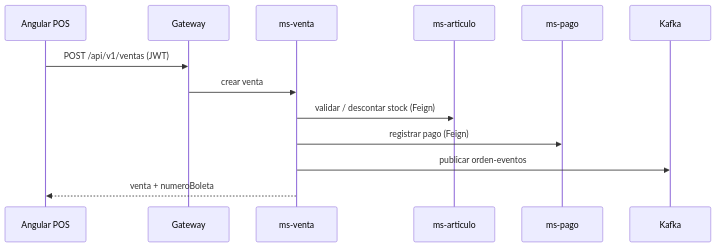
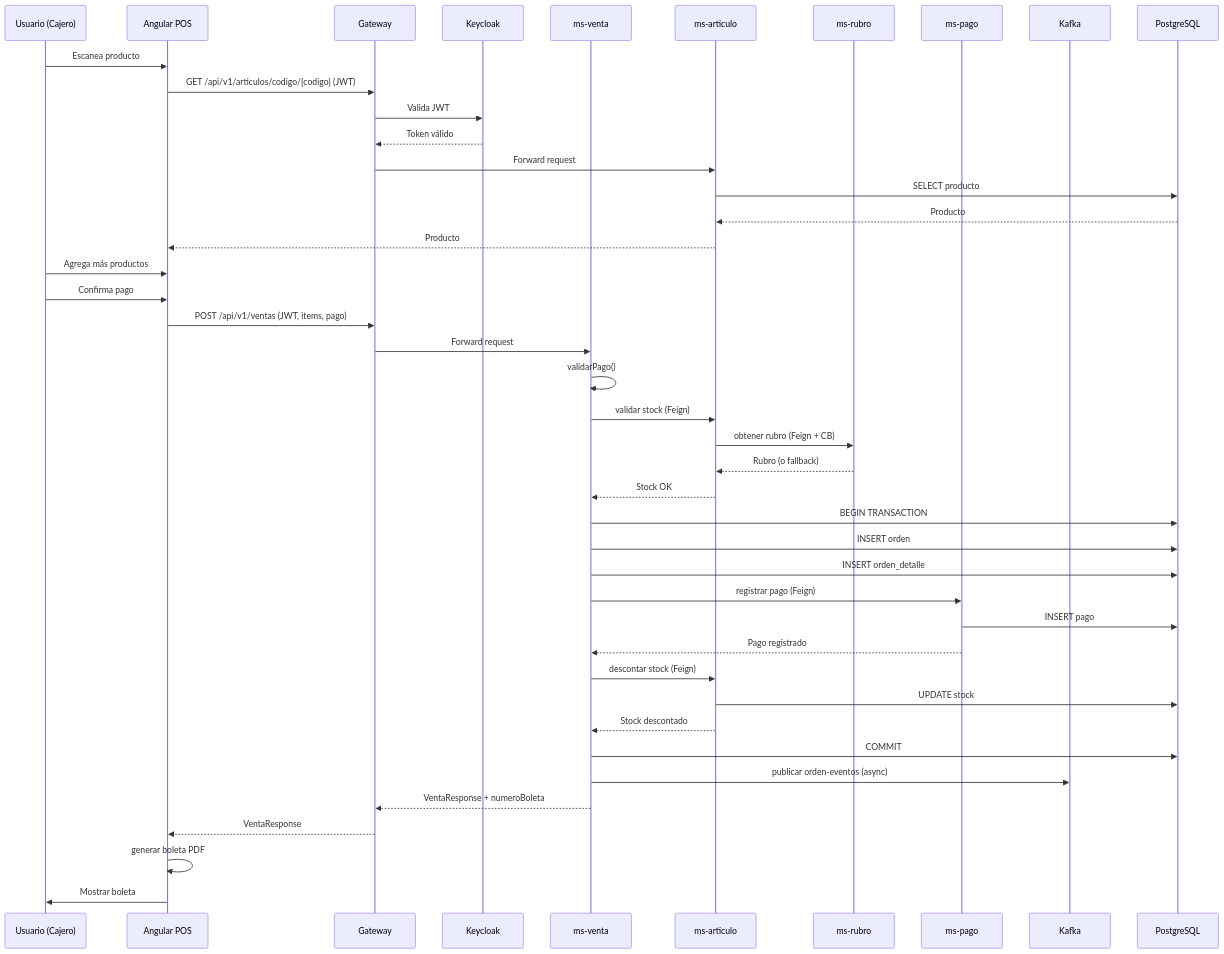
Before and after one commit to RonalCodeLP/NovaMarket: the third of 4 diagrams in docs/manual-funcionamiento.md, drawn with Mermaid. The commit also changed other lines of this file and 4 other files, not shown here.

````diff
--- a/docs/manual-funcionamiento.md
+++ b/docs/manual-funcionamiento.md
@@ -66,16 +230,48 @@
 ```mermaid
 sequenceDiagram
+    participant U as Usuario (Cajero)
     participant UI as Angular POS
     participant GW as Gateway
+    participant KC as Keycloak
     participant V as ms-venta
     participant A as ms-articulo
+    participant R as ms-rubro
     participant P as ms-pago
     participant K as Kafka
+    participant DB as PostgreSQL
 
-    UI->>GW: POST /api/v1/ventas (JWT)
-    GW->>V: crear venta
-    V->>A: validar / descontar stock (Feign)
+    U->>UI: Escanea producto
+    UI->>GW: GET /api/v1/articulos/codigo/{codigo} (JWT)
+    GW->>KC: Valida JWT
+    KC-->>GW: Token válido
+    GW->>A: Forward request
+    A->>DB: SELECT producto
+    DB-->>A: Producto
+    A-->>UI: Producto
+    
+    U->>UI: Agrega más productos
+    U->>UI: Confirma pago
+    
+    UI->>GW: POST /api/v1/ventas (JWT, items, pago)
+    GW->>V: Forward request
+    V->>V: validarPago()
+    V->>A: validar stock (Feign)
+    A->>R: obtener rubro (Feign + CB)
+    R-->>A: Rubro (o fallback)
+    A-->>V: Stock OK
+    V->>DB: BEGIN TRANSACTION
+    V->>DB: INSERT orden
+    V->>DB: INSERT orden_detalle
     V->>P: registrar pago (Feign)
-    V->>K: publicar orden-eventos
-    V-->>UI: venta + numeroBoleta
+    P->>DB: INSERT pago
+    P-->>V: Pago registrado
+    V->>A: descontar stock (Feign)
+    A->>DB: UPDATE stock
+    A-->>V: Stock descontado
+    V->>DB: COMMIT
+    V->>K: publicar orden-eventos (async)
+    V-->>GW: VentaResponse + numeroBoleta
+    GW-->>UI: VentaResponse
+    UI->>UI: generar boleta PDF
+    UI->>U: Mostrar boleta
 ```
````
